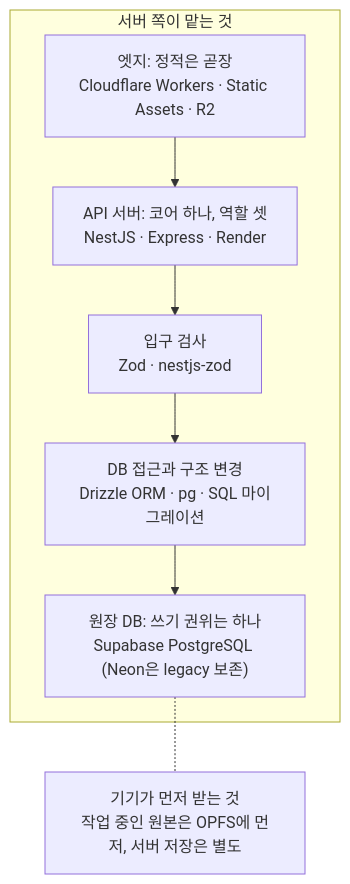
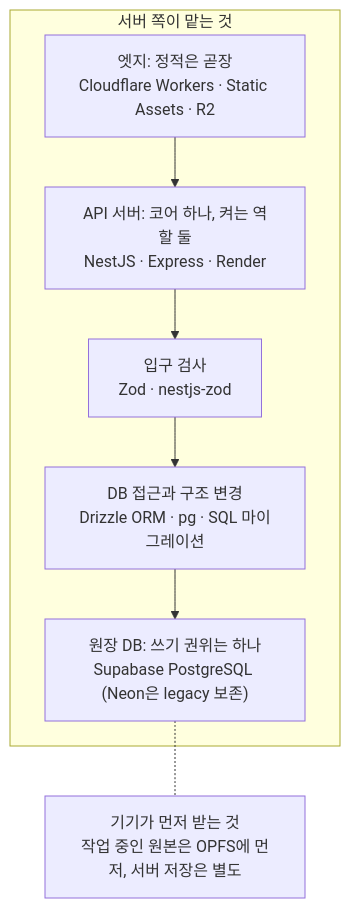
One commit to blue45f/toonstudio changed the fifth of 6 diagrams in docs/technology/engineering-libraries.md. Above: the diagram before and after it, drawn with Mermaid. The commit also changed other lines of this file and 16 other files, not shown here.

````diff
--- a/docs/technology/engineering-libraries.md
+++ b/docs/technology/engineering-libraries.md
@@ -252,13 +252,13 @@
 ```mermaid
 flowchart TB
   subgraph server["서버 쪽이 맡는 것"]
     E["엣지: 정적은 곧장<br/>Cloudflare Workers · Static Assets · R2"]
-    A["API 서버: 코어 하나, 역할 셋<br/>NestJS · Express · Render"]
+    A["API 서버: 코어 하나, 켜는 역할 둘<br/>NestJS · Express · Render"]
     V["입구 검사<br/>Zod · nestjs-zod"]
     Q["DB 접근과 구조 변경<br/>Drizzle ORM · pg · SQL 마이그레이션"]
     L["원장 DB: 쓰기 권위는 하나<br/>Supabase PostgreSQL (Neon은 legacy 보존)"]
   end
   D["기기가 먼저 받는 것<br/>작업 중인 원본은 OPFS에 먼저, 서버 저장은 별도"]
   E --> A --> V --> Q --> L
   L -.- D
 ```
````
